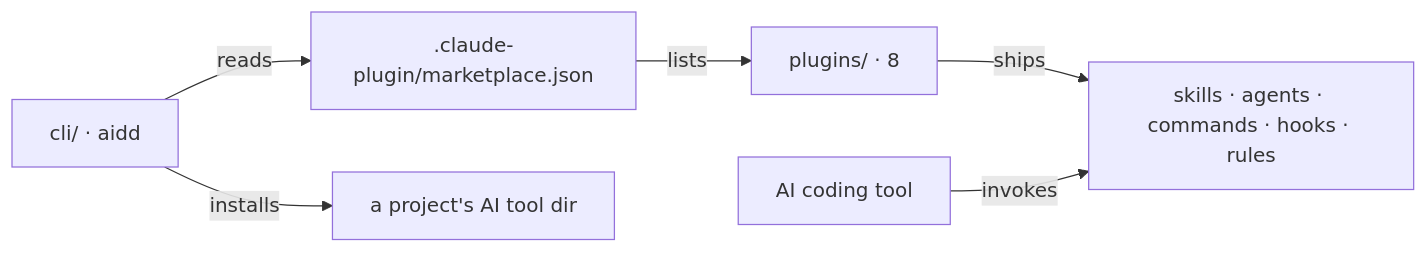
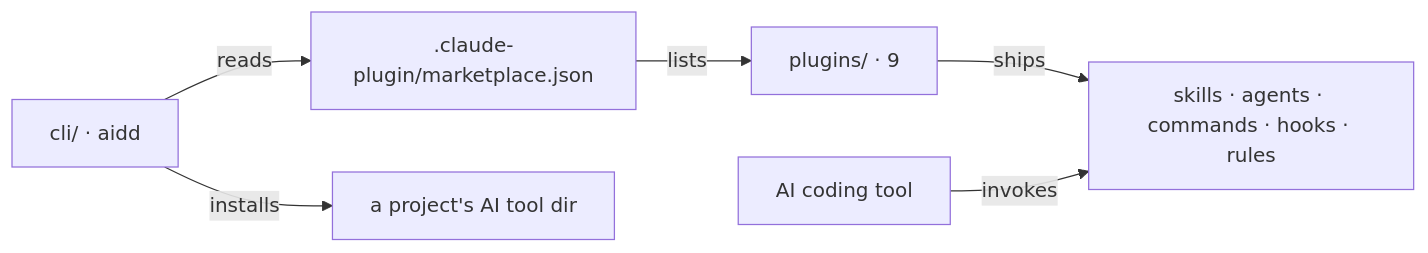
Before and after one commit to ai-driven-dev/framework: the diagram in aidd_docs/memory/architecture.md, drawn with Mermaid. The commit also changed 1 other file, not shown here.

Commit message:
docs: correct plugin count and the pushed validation record
architecture.mds fits-together diagram still read plugins/ dot 8 after
the aidd-qa plugin landed; the stack table already said 9. Align the
diagram with it.

The aidd-qa plugin tasks validation.md described the push as blocked on
a local node/codex PATH collision. It has since been resolved (node
binary copied into an isolated directory, prepended to PATH; a symlink
does not work because process.execPath resolves it) and cd048e6b was
pushed with the full pre-push gate passing, no --no-verify. Replace the
stale blocked account with what actually happened.

AIDD-Session-Id: 6d6ccc35-f6c1-417d-84a6-9a0b70474e6b

````diff
--- a/aidd_docs/memory/architecture.md
+++ b/aidd_docs/memory/architecture.md
@@ -17,8 +17,8 @@
 ```mermaid
 flowchart LR
-    Manifest[".claude-plugin/marketplace.json"] -->|lists| Plugins["plugins/ · 8"]
+    Manifest[".claude-plugin/marketplace.json"] -->|lists| Plugins["plugins/ · 9"]
     Plugins -->|ships| Surfaces["skills · agents · commands · hooks · rules"]
     CLI["cli/ · aidd"] -->|reads| Manifest
     CLI -->|installs| Target["a project's AI tool dir"]
     Editor["AI coding tool"] -->|invokes| Surfaces
 ```
````
